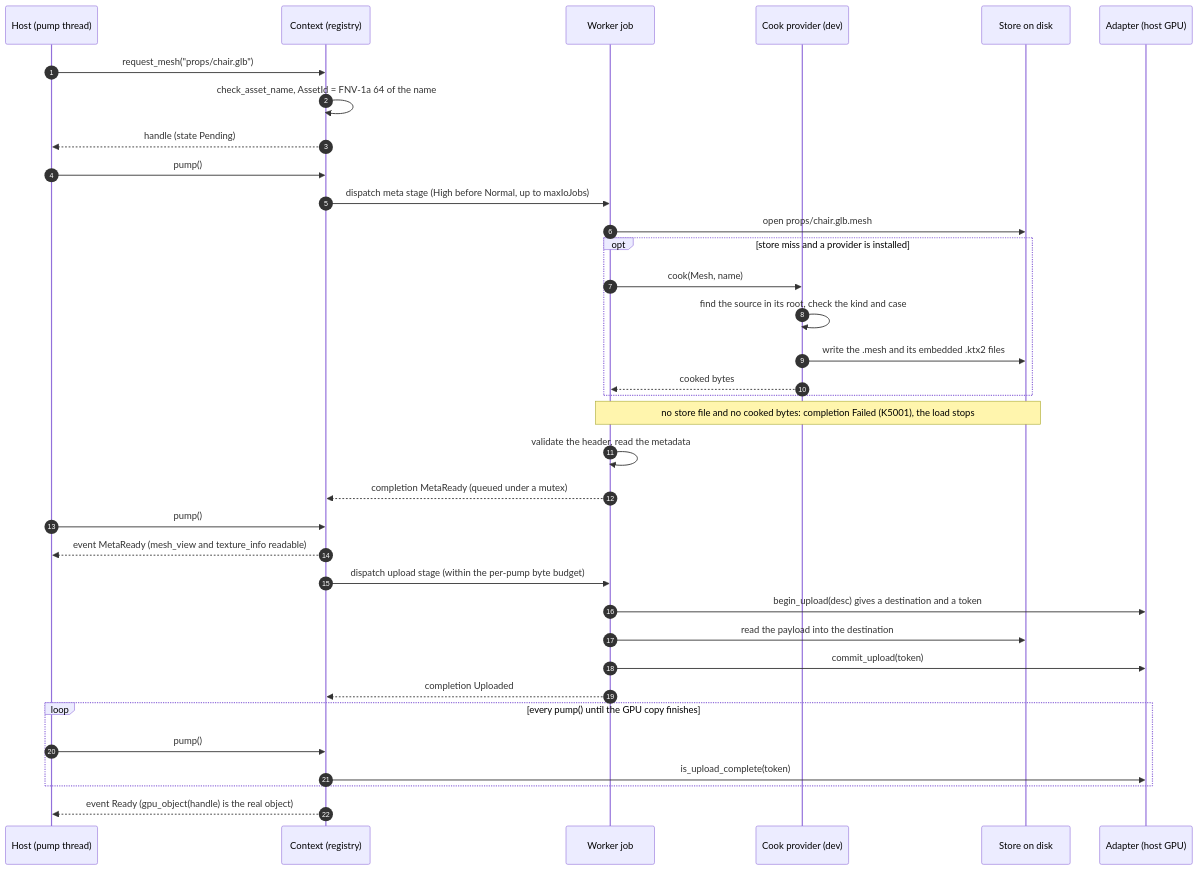
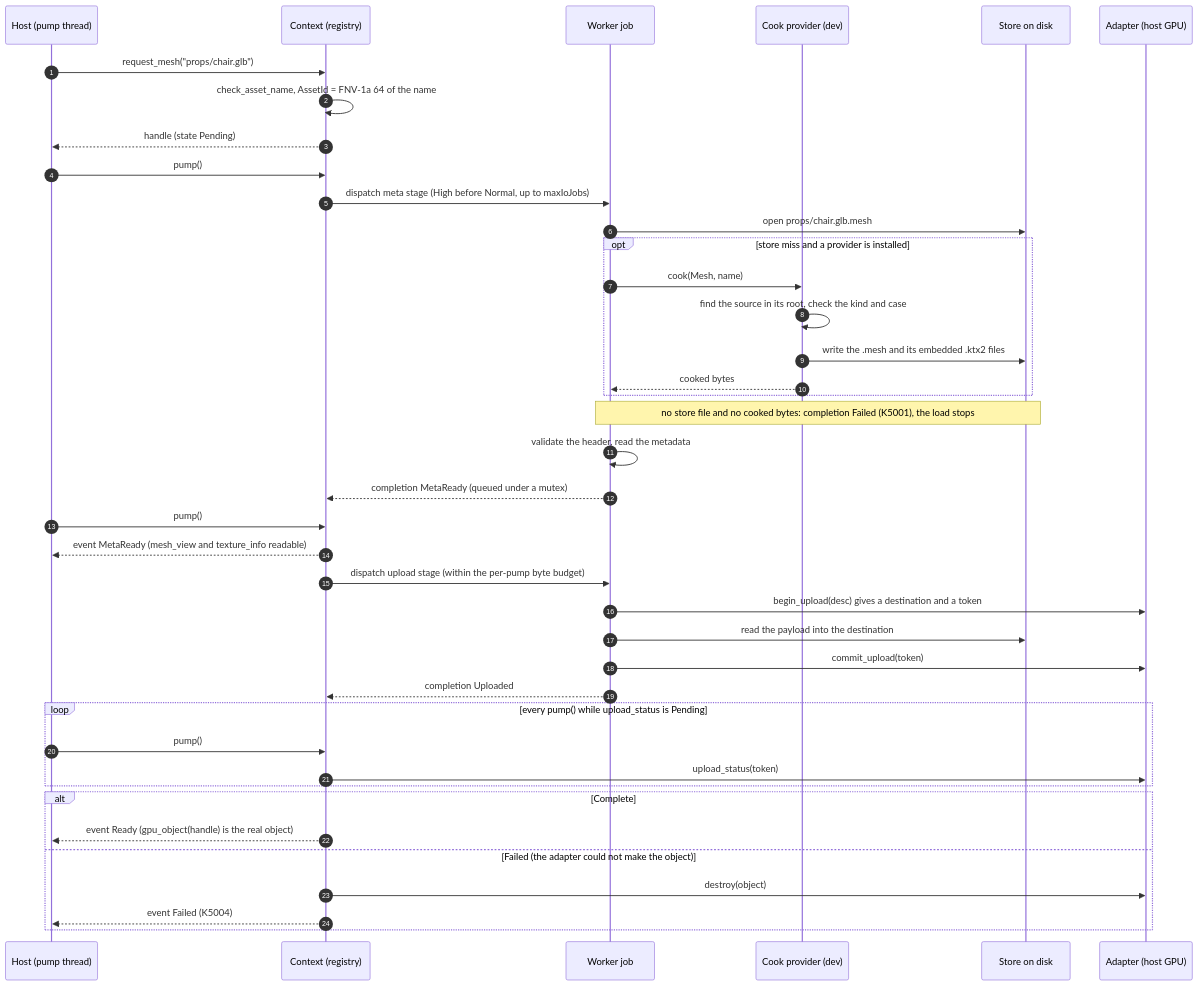
One commit to sigman78/Kiln changed the second of 3 diagrams in docs/design/architecture.md. Above: the diagram before and after it, drawn with Mermaid. The commit also changed other lines of this file and 23 other files, not shown here.

First line of the commit message:
runtime: Adapter::upload_status reports failed uploads

````diff
--- a/docs/design/architecture.md
+++ b/docs/design/architecture.md
@@ -67,41 +67,46 @@
 ```mermaid
 sequenceDiagram
     autonumber
     participant Host as Host (pump thread)
     participant Ctx as Context (registry)
     participant Worker as Worker job
     participant Prov as Cook provider (dev)
     participant Store as Store on disk
     participant Adapter as Adapter (host GPU)
 
     Host->>Ctx: request_mesh("props/chair.glb")
     Ctx->>Ctx: check_asset_name, AssetId = FNV-1a 64 of the name
     Ctx-->>Host: handle (state Pending)
 
     Host->>Ctx: pump()
     Ctx->>Worker: dispatch meta stage (High before Normal, up to maxIoJobs)
     Worker->>Store: open props/chair.glb.mesh
     opt store miss and a provider is installed
         Worker->>Prov: cook(Mesh, name)
         Prov->>Prov: find the source in its root, check the kind and case
         Prov->>Store: write the .mesh and its embedded .ktx2 files
         Prov-->>Worker: cooked bytes
     end
     Note over Worker,Store: no store file and no cooked bytes: completion Failed (K5001), the load stops
     Worker->>Worker: validate the header, read the metadata
     Worker-->>Ctx: completion MetaReady (queued under a mutex)
 
     Host->>Ctx: pump()
     Ctx-->>Host: event MetaReady (mesh_view and texture_info readable)
     Ctx->>Worker: dispatch upload stage (within the per-pump byte budget)
     Worker->>Adapter: begin_upload(desc) gives a destination and a token
     Worker->>Store: read the payload into the destination
     Worker->>Adapter: commit_upload(token)
     Worker-->>Ctx: completion Uploaded
 
-    loop every pump() until the GPU copy finishes
+    loop every pump() while upload_status is Pending
         Host->>Ctx: pump()
-        Ctx->>Adapter: is_upload_complete(token)
+        Ctx->>Adapter: upload_status(token)
     end
-    Ctx-->>Host: event Ready (gpu_object(handle) is the real object)
+    alt Complete
+        Ctx-->>Host: event Ready (gpu_object(handle) is the real object)
+    else Failed (the adapter could not make the object)
+        Ctx->>Adapter: destroy(object)
+        Ctx-->>Host: event Failed (K5004)
+    end
 ```
````
